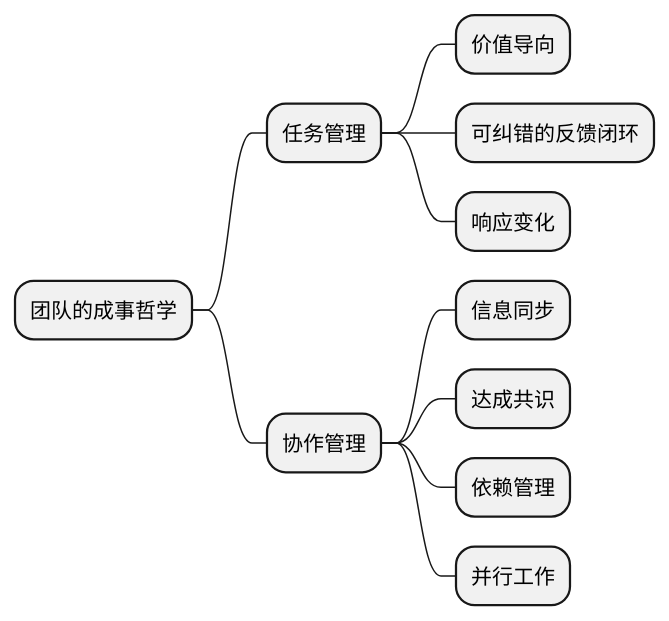
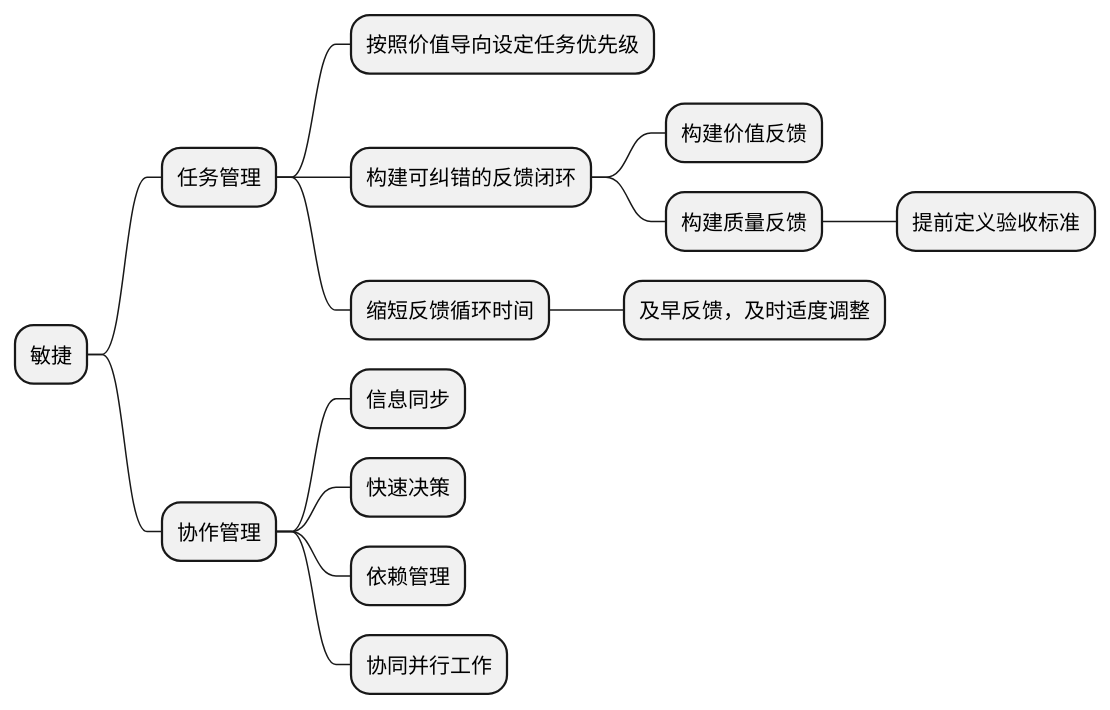
Before and after one commit to lem-org/lem-org.github.io: the eighth of 11 diagrams in content/insights/what_is_agile/index.zh-cn.raw.md, drawn with PlantUML. The commit also changed other lines of this file and 9 other files, not shown here.

````diff
--- a/content/insights/what_is_agile/index.zh-cn.raw.md
+++ b/content/insights/what_is_agile/index.zh-cn.raw.md
@@ -239,14 +256,18 @@
 ```plantuml
 @startmindmap
-* 团队的成事哲学
+* 敏捷
     * 任务管理
-        * 价值导向
-        * 可纠错的反馈闭环
-        * 响应变化
+        * 按照价值导向设定任务优先级
+        * 构建可纠错的反馈闭环
+            * 构建价值反馈
+            * 构建质量反馈
+                * 提前定义验收标准
+        * 缩短反馈循环时间
+            * 及早反馈，及时适度调整
     * 协作管理
         * 信息同步
-        * 达成共识
+        * 快速决策
         * 依赖管理
-        * 并行工作
+        * 协同并行工作
 @endmindmap
 ```
````
